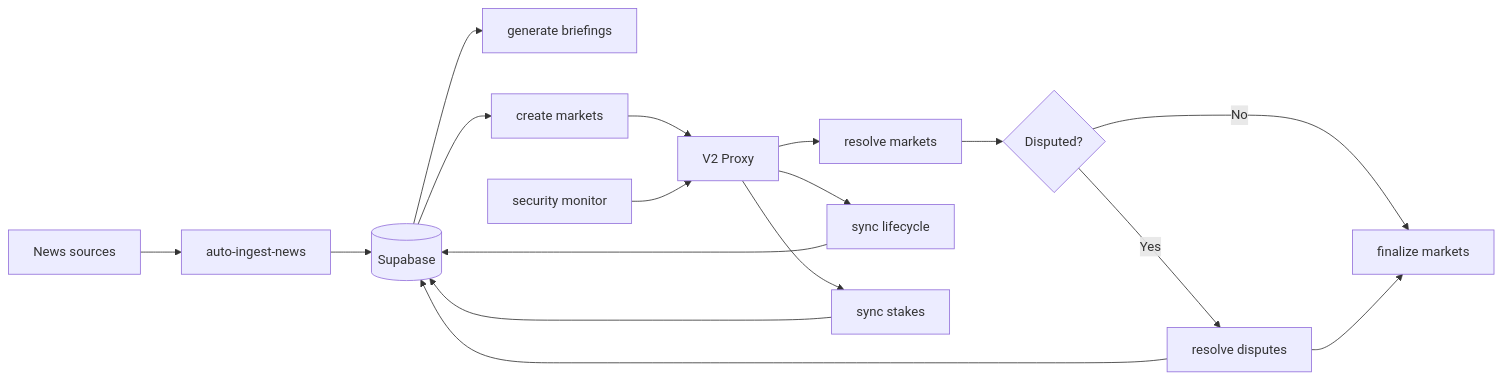
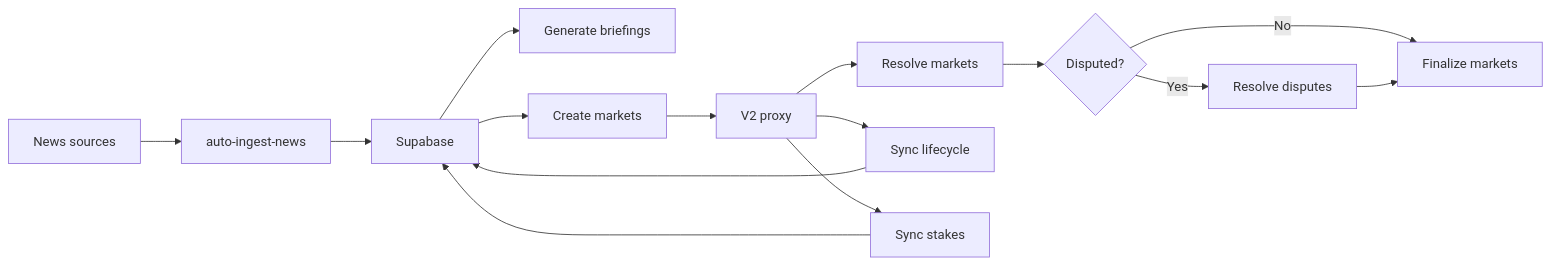
One commit to blocknine0/geomacro changed the seventh of 9 diagrams in README.md. Above: the diagram before and after it, drawn with Mermaid. The commit also changed other lines of this file, not shown here.

````diff
--- a/README.md
+++ b/README.md
@@ -787,26 +364,17 @@
 ```mermaid
-flowchart LR
-    NEWS[News sources] --> INGEST[auto-ingest-news]
-    INGEST --> DB[(Supabase)]
-
-    DB --> BRIEF[generate briefings]
-    DB --> CREATE[create markets]
-
-    CREATE --> V2[V2 Proxy]
-    V2 --> RESOLVE[resolve markets]
-    RESOLVE --> DISPUTE{Disputed?}
-
-    DISPUTE -->|Yes| JURY[resolve disputes]
-    DISPUTE -->|No| FINALIZE[finalize markets]
-
-    JURY --> FINALIZE
-
-    V2 --> LIFE[sync lifecycle]
-    V2 --> STAKE[sync stakes]
-
-    LIFE --> DB
-    STAKE --> DB
-    JURY --> DB
-
-    MONITOR[security monitor] --> V2
+graph LR;
+    NEWS["News sources"] --> INGEST["auto-ingest-news"];
+    INGEST --> DB["Supabase"];
+    DB --> BRIEF["Generate briefings"];
+    DB --> CREATE["Create markets"];
+    CREATE --> V2["V2 proxy"];
+    V2 --> RESOLVE["Resolve markets"];
+    RESOLVE --> DISPUTE{"Disputed?"};
+    DISPUTE -->|Yes| JURY["Resolve disputes"];
+    DISPUTE -->|No| FINALIZE["Finalize markets"];
+    JURY --> FINALIZE;
+    V2 --> LIFECYCLE["Sync lifecycle"];
+    V2 --> STAKES["Sync stakes"];
+    LIFECYCLE --> DB;
+    STAKES --> DB;
 ```
````
